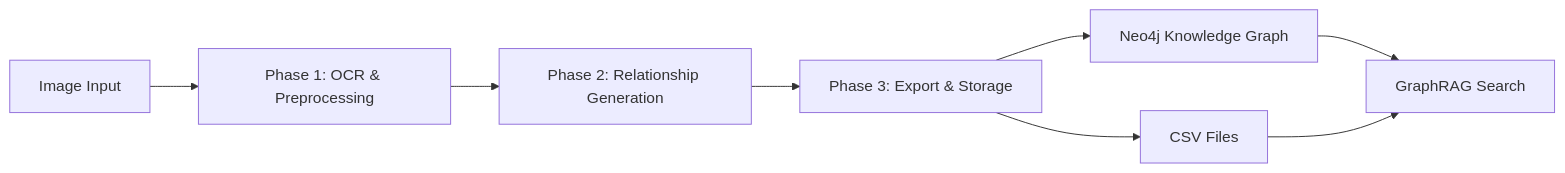
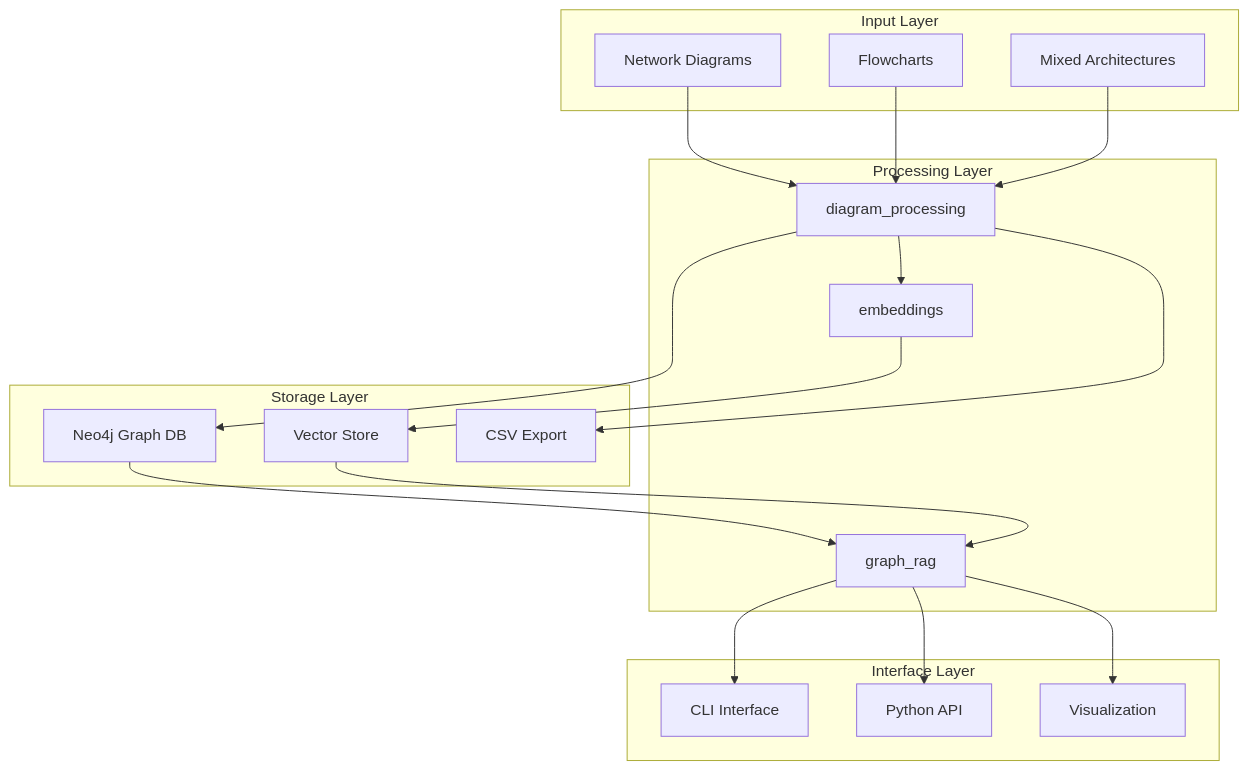
Before and after one commit to keo571/netbot-v2: the first of 4 diagrams in README.md, drawn with Mermaid. The commit also changed other lines of this file, not shown here.

First line of the commit message:
Add detailed architecture diagrams to README

````diff
--- a/README.md
+++ b/README.md
@@ -73,10 +73,39 @@
 ```mermaid
-graph LR
-    A[Image Input] --> B[Phase 1: OCR & Preprocessing]
-    B --> C[Phase 2: Relationship Generation]
-    C --> D[Phase 3: Export & Storage]
-    D --> E[Neo4j Knowledge Graph]
-    D --> F[CSV Files]
-    E --> G[GraphRAG Search]
-    F --> G
+graph TB
+    subgraph "Input Layer"
+        A[Network Diagrams]
+        B[Flowcharts]
+        C[Mixed Architectures]
+    end
+    
+    subgraph "Processing Layer"
+        D[diagram_processing]
+        E[embeddings]
+        F[graph_rag]
+    end
+    
+    subgraph "Storage Layer"
+        G[Neo4j Graph DB]
+        H[Vector Store]
+        I[CSV Export]
+    end
+    
+    subgraph "Interface Layer"
+        J[CLI Interface]
+        K[Python API]
+        L[Visualization]
+    end
+    
+    A --> D
+    B --> D
+    C --> D
+    D --> G
+    D --> I
+    D --> E
+    E --> H
+    G --> F
+    H --> F
+    F --> J
+    F --> K
+    F --> L
 ```
````
